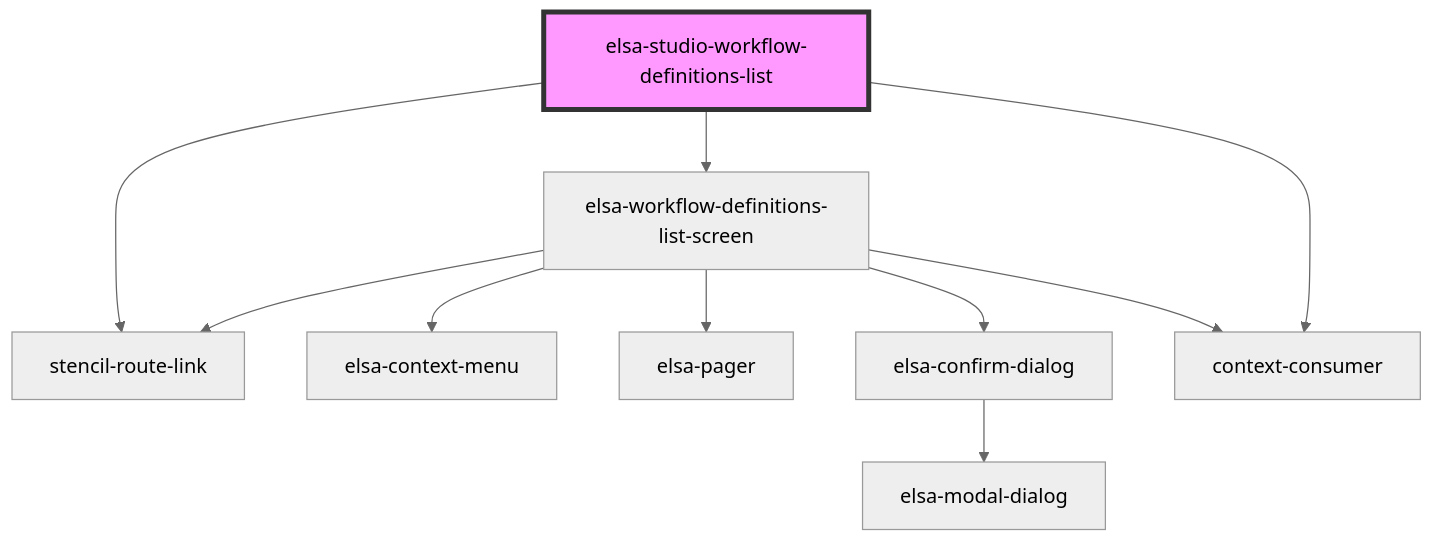
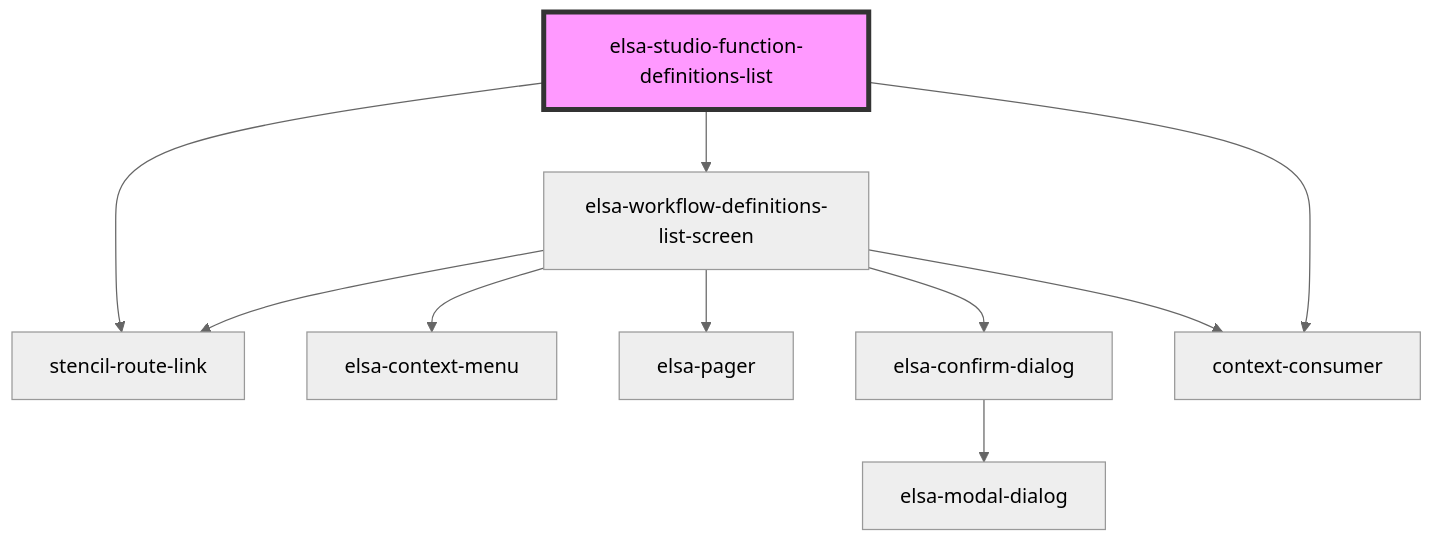
Before and after one commit to dopi4720/elsa-core: the diagram in src/designer/elsa-workflows-studio/src/components/dashboard/pages/elsa-studio-function-definitions-list/readme.md, drawn with Mermaid (neutral theme). The commit also changed 3 other files, not shown here.

````diff
--- a/src/designer/elsa-workflows-studio/src/components/dashboard/pages/elsa-studio-function-definitions-list/readme.md
+++ b/src/designer/elsa-workflows-studio/src/components/dashboard/pages/elsa-studio-function-definitions-list/readme.md
@@ -27,13 +27,13 @@
 ```mermaid
 graph TD;
-  elsa-studio-workflow-definitions-list --> stencil-route-link
-  elsa-studio-workflow-definitions-list --> elsa-workflow-definitions-list-screen
-  elsa-studio-workflow-definitions-list --> context-consumer
+  elsa-studio-function-definitions-list --> stencil-route-link
+  elsa-studio-function-definitions-list --> elsa-workflow-definitions-list-screen
+  elsa-studio-function-definitions-list --> context-consumer
   elsa-workflow-definitions-list-screen --> stencil-route-link
   elsa-workflow-definitions-list-screen --> elsa-context-menu
   elsa-workflow-definitions-list-screen --> elsa-pager
   elsa-workflow-definitions-list-screen --> elsa-confirm-dialog
   elsa-workflow-definitions-list-screen --> context-consumer
   elsa-confirm-dialog --> elsa-modal-dialog
-  style elsa-studio-workflow-definitions-list fill:#f9f,stroke:#333,stroke-width:4px
+  style elsa-studio-function-definitions-list fill:#f9f,stroke:#333,stroke-width:4px
 ```
````
